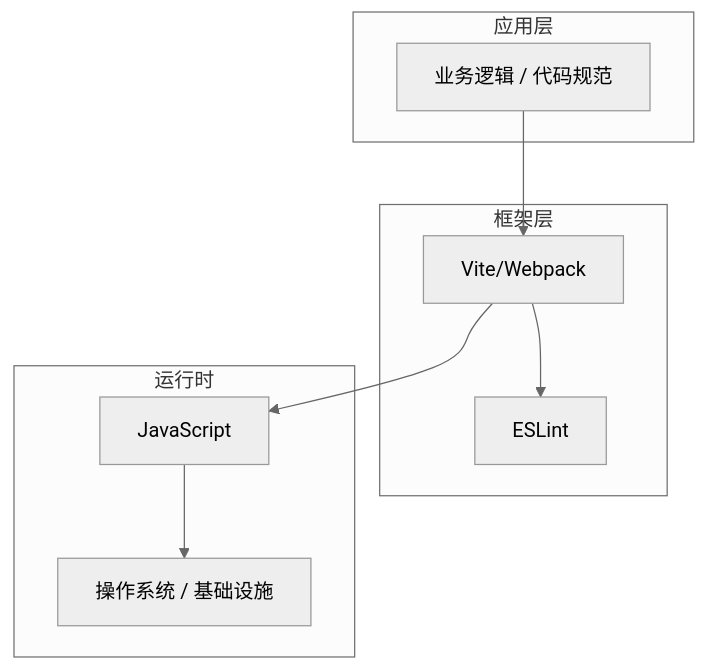
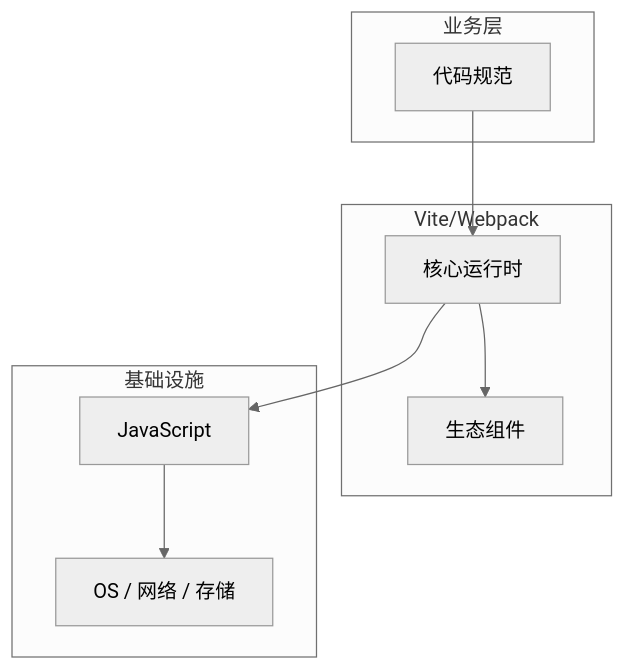
The diagram in articles/前端工程化/chapters/037-代码规范核心概念与原理.md (yanggan2015/knowledge-json-v2), drawn with Mermaid (neutral theme) before and after one commit. The commit also changed other lines of this file and 10127 other files, not shown here.

````diff
--- a/articles/前端工程化/chapters/037-代码规范核心概念与原理.md
+++ b/articles/前端工程化/chapters/037-代码规范核心概念与原理.md
@@ -45,18 +34,18 @@
 ```mermaid
 graph TB
-    subgraph 应用层
-        A[业务逻辑 / 代码规范]
+    subgraph 业务层
+        A[代码规范]
     end
-    subgraph 框架层
-        B[Vite/Webpack]
-        C[ESLint]
+    subgraph Vite/Webpack
+        B[核心运行时]
+        C[生态组件]
     end
-    subgraph 运行时
+    subgraph 基础设施
         D[JavaScript]
-        E[操作系统 / 基础设施]
+        E[OS / 网络 / 存储]
     end
     A --> B
     B --> C
     B --> D
     D --> E
 ```
````
